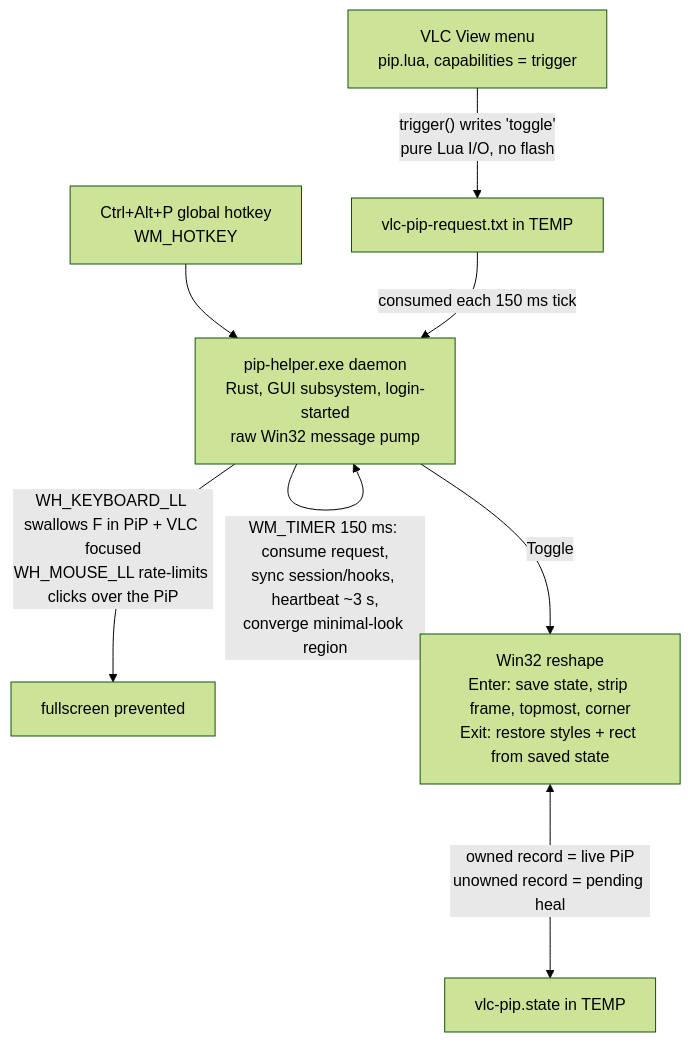
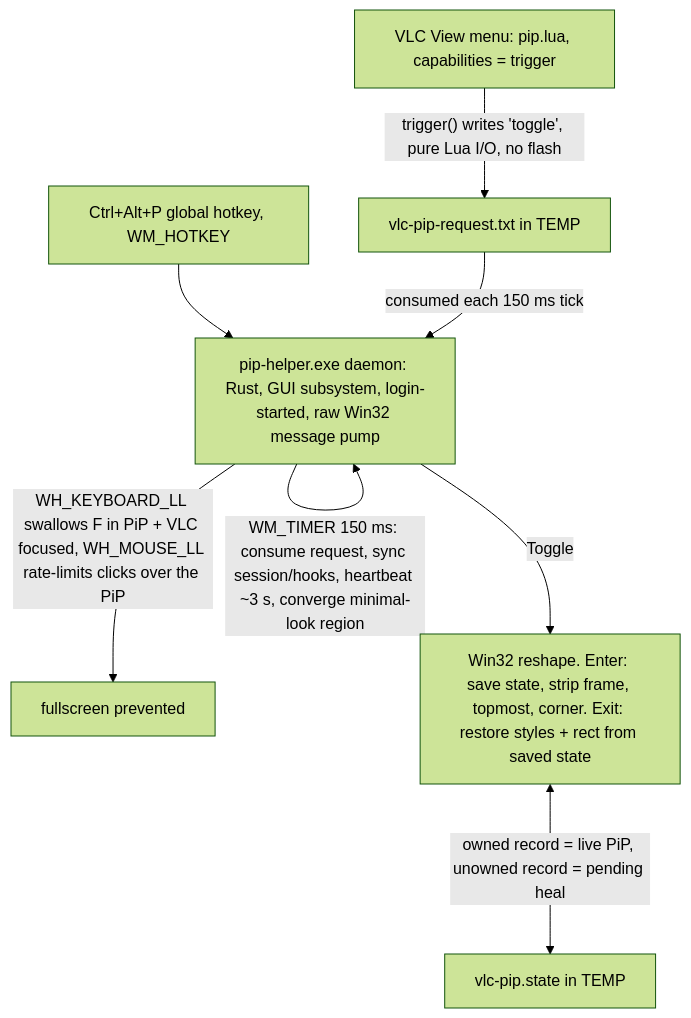
Before and after one commit to Bug-Finderr/vlc-pip: the diagram in docs/SPEC.md, drawn with Mermaid (forest theme). The commit also changed 1 other file, not shown here.

Commit message:
docs: fix mermaid rendering on GitHub

````diff
--- a/docs/SPEC.md
+++ b/docs/SPEC.md
@@ -61,10 +61,10 @@
 ```mermaid
 flowchart TD
-    MENU["VLC View menu<br>pip.lua, capabilities = trigger"] -- "trigger() writes 'toggle'<br>pure Lua I/O, no flash" --> REQ["vlc-pip-request.txt in TEMP"]
-    HK["Ctrl+Alt+P global hotkey<br>WM_HOTKEY"] --> D
-    REQ -- "consumed each 150 ms tick" --> D["pip-helper.exe daemon<br>Rust, GUI subsystem, login-started<br>raw Win32 message pump"]
-    D -- "WM_TIMER 150 ms: consume request,<br>sync session/hooks, heartbeat ~3 s,<br>converge minimal-look region" --> D
-    D -- "WH_KEYBOARD_LL swallows F in PiP + VLC focused<br>WH_MOUSE_LL rate-limits clicks over the PiP" --> FS["fullscreen prevented"]
-    D -- "Toggle" --> WIN["Win32 reshape<br>Enter: save state, strip frame, topmost, corner<br>Exit: restore styles + rect from saved state"]
-    WIN <-- "owned record = live PiP<br>unowned record = pending heal" --> STATE["vlc-pip.state in TEMP"]
+    MENU["VLC View menu: pip.lua, capabilities = trigger"] -- "trigger() writes 'toggle', pure Lua I/O, no flash" --> REQ["vlc-pip-request.txt in TEMP"]
+    HK["Ctrl+Alt+P global hotkey, WM_HOTKEY"] --> D
+    REQ -- "consumed each 150 ms tick" --> D["pip-helper.exe daemon: Rust, GUI subsystem, login-started, raw Win32 message pump"]
+    D -- "WM_TIMER 150 ms: consume request, sync session/hooks, heartbeat ~3 s, converge minimal-look region" --> D
+    D -- "WH_KEYBOARD_LL swallows F in PiP + VLC focused, WH_MOUSE_LL rate-limits clicks over the PiP" --> FS["fullscreen prevented"]
+    D -- "Toggle" --> WIN["Win32 reshape. Enter: save state, strip frame, topmost, corner. Exit: restore styles + rect from saved state"]
+    WIN <-- "owned record = live PiP, unowned record = pending heal" --> STATE["vlc-pip.state in TEMP"]
 ```
````
